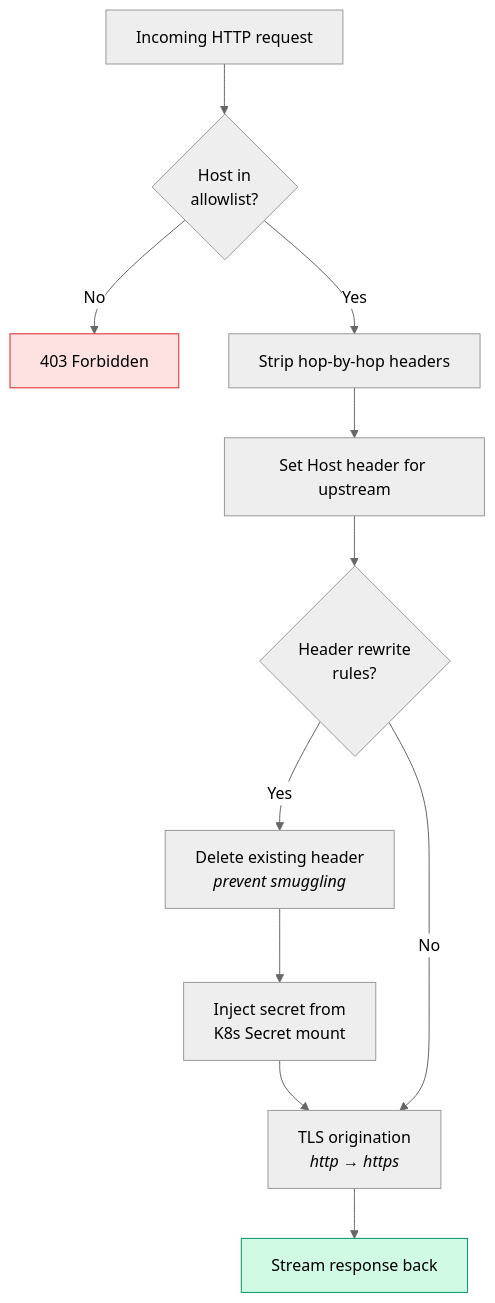
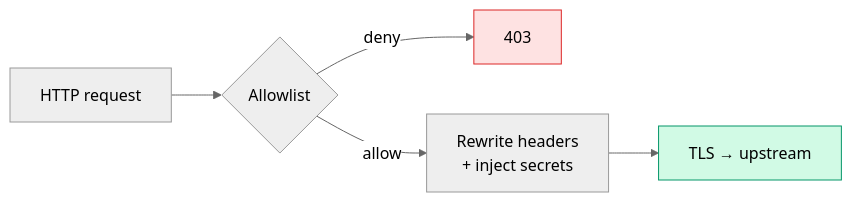
The second of 3 diagrams in README.md (reoring/botbox), drawn with Mermaid (neutral theme) before and after one commit. The commit also changed other lines of this file, not shown here.

Commit message:
docs: simplify request processing diagram in README
Keep detailed version in architecture.md, use compact flowchart in README.

````diff
--- a/README.md
+++ b/README.md
@@ -49,16 +49,9 @@
 ```mermaid
-flowchart TD
-    A["Incoming HTTP request"] --> B{"Host in<br/>allowlist?"}
-    B -- "No" --> C["403 Forbidden"]
-    B -- "Yes" --> D["Strip hop-by-hop headers"]
-    D --> E["Set Host header for upstream"]
-    E --> F{"Header rewrite<br/>rules?"}
-    F -- "Yes" --> G["Delete existing header<br/><i>prevent smuggling</i>"]
-    G --> H["Inject secret from<br/>K8s Secret mount"]
-    H --> I["TLS origination<br/><i>http → https</i>"]
-    F -- "No" --> I
-    I --> J["Stream response back"]
+flowchart LR
+    A["HTTP request"] --> B{"Allowlist"}
+    B -- "deny" --> C["403"]
+    B -- "allow" --> D["Rewrite headers\n+ inject secrets"] --> E["TLS → upstream"]
 
     style C fill:#fee2e2,stroke:#dc2626
-    style J fill:#d1fae5,stroke:#059669
+    style E fill:#d1fae5,stroke:#059669
 ```
````
